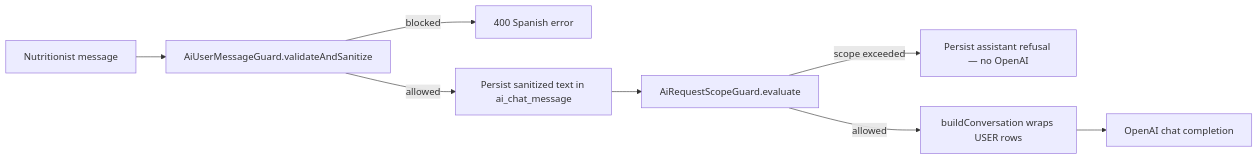
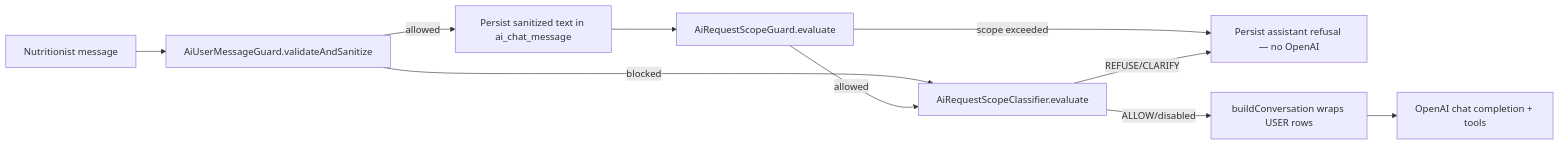
One commit to diego-torres/nutriconsultas changed the diagram in docs/ai/PROMPT-SECURITY.md. Above: the diagram before and after it, drawn with Mermaid. The commit also changed other lines of this file and 20 other files, not shown here.

First line of the commit message:
Add LLM scope classifier pre-flight for AI chat (#448) (#460)

````diff
--- a/docs/ai/PROMPT-SECURITY.md
+++ b/docs/ai/PROMPT-SECURITY.md
@@ -25,10 +26,12 @@
 ```mermaid
 flowchart LR
   A[Nutritionist message] --> B[AiUserMessageGuard.validateAndSanitize]
   B -->|blocked| C[400 Spanish error]
   B -->|allowed| D[Persist sanitized text in ai_chat_message]
   D --> S[AiRequestScopeGuard.evaluate]
   S -->|scope exceeded| R[Persist assistant refusal — no OpenAI]
-  S -->|allowed| E[buildConversation wraps USER rows]
-  E --> F[OpenAI chat completion]
+  S -->|allowed| C[AiRequestScopeClassifier.evaluate]
+  C -->|REFUSE/CLARIFY| R
+  C -->|ALLOW/disabled| E[buildConversation wraps USER rows]
+  E --> F[OpenAI chat completion + tools]
 ```
````
